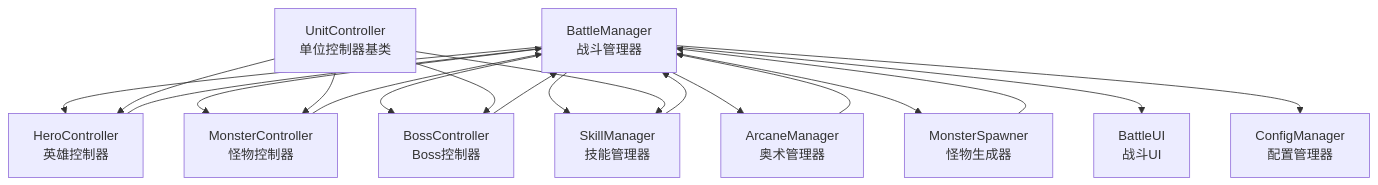
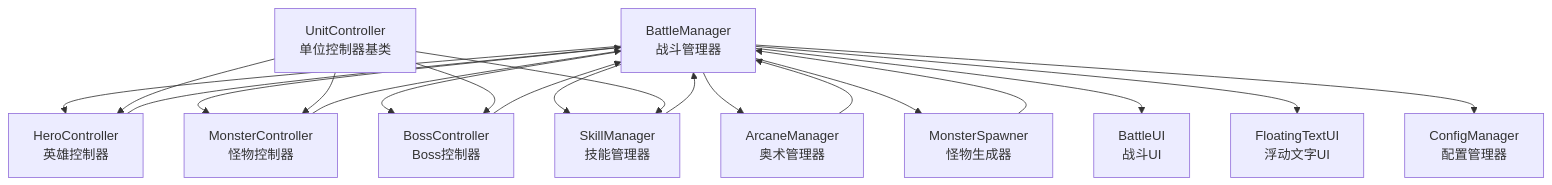
One commit to Tuusen/p1_client changed the first of 6 diagrams in .qoder/repowiki/zh/content/战斗系统/战斗管理器.md. Above: the diagram before and after it, drawn with Mermaid. The commit also changed other lines of this file and 9 other files, not shown here.

````diff
--- a/.qoder/repowiki/zh/content/战斗系统/战斗管理器.md
+++ b/.qoder/repowiki/zh/content/战斗系统/战斗管理器.md
@@ -57,21 +60,22 @@
 ```mermaid
 graph TB
 BM["BattleManager<br/>战斗管理器"] --> HC["HeroController<br/>英雄控制器"]
 BM --> MC["MonsterController<br/>怪物控制器"]
 BM --> BC["BossController<br/>Boss控制器"]
 BM --> SM["SkillManager<br/>技能管理器"]
 BM --> AM["ArcaneManager<br/>奥术管理器"]
 BM --> MS["MonsterSpawner<br/>怪物生成器"]
 BM --> UI["BattleUI<br/>战斗UI"]
+BM --> FT["FloatingTextUI<br/>浮动文字UI"]
 BM --> CM["ConfigManager<br/>配置管理器"]
 SM --> BM
 AM --> BM
 MS --> BM
 HC --> BM
 MC --> BM
 BC --> BM
 UM["UnitController<br/>单位控制器基类"] --> HC
 UM --> MC
 UM --> BC
 UM --> SM
 ```
````
